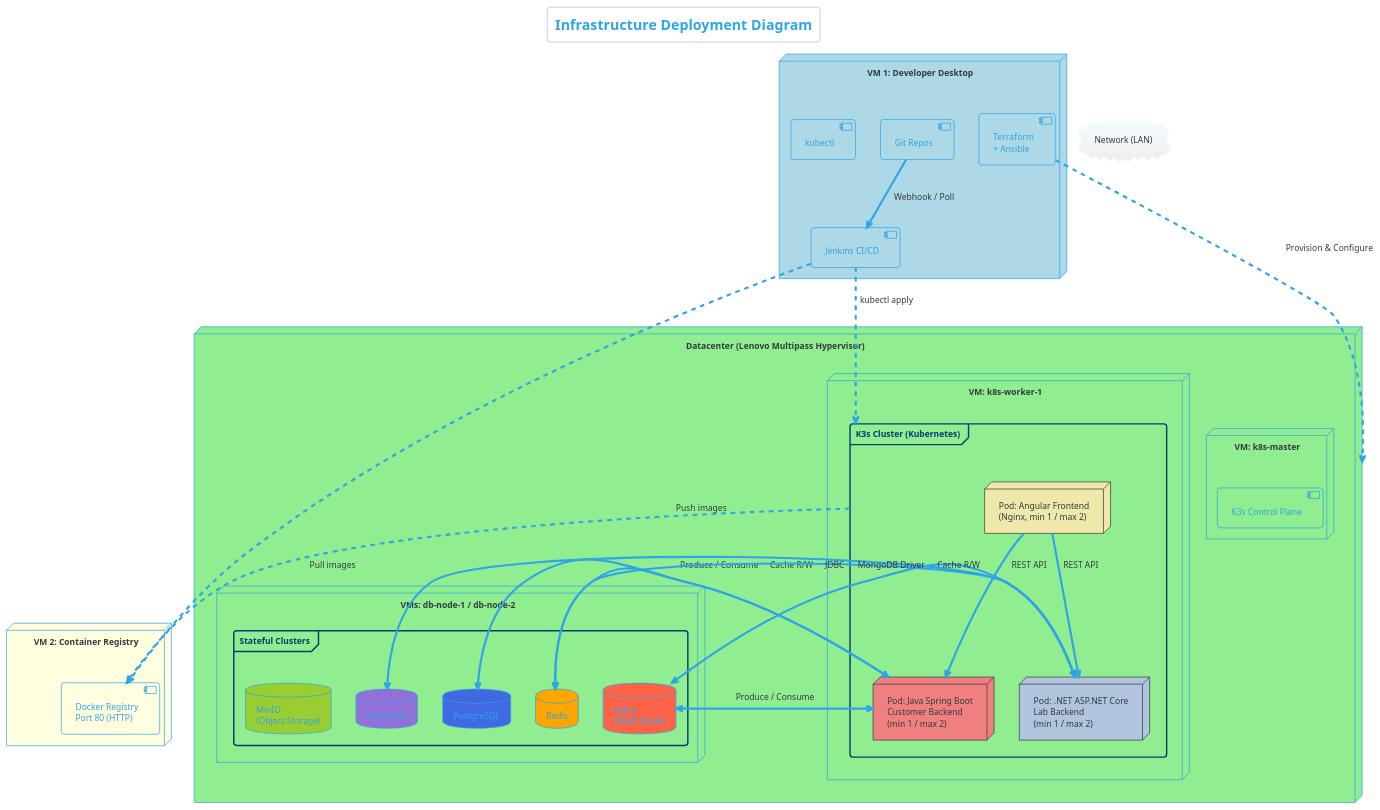
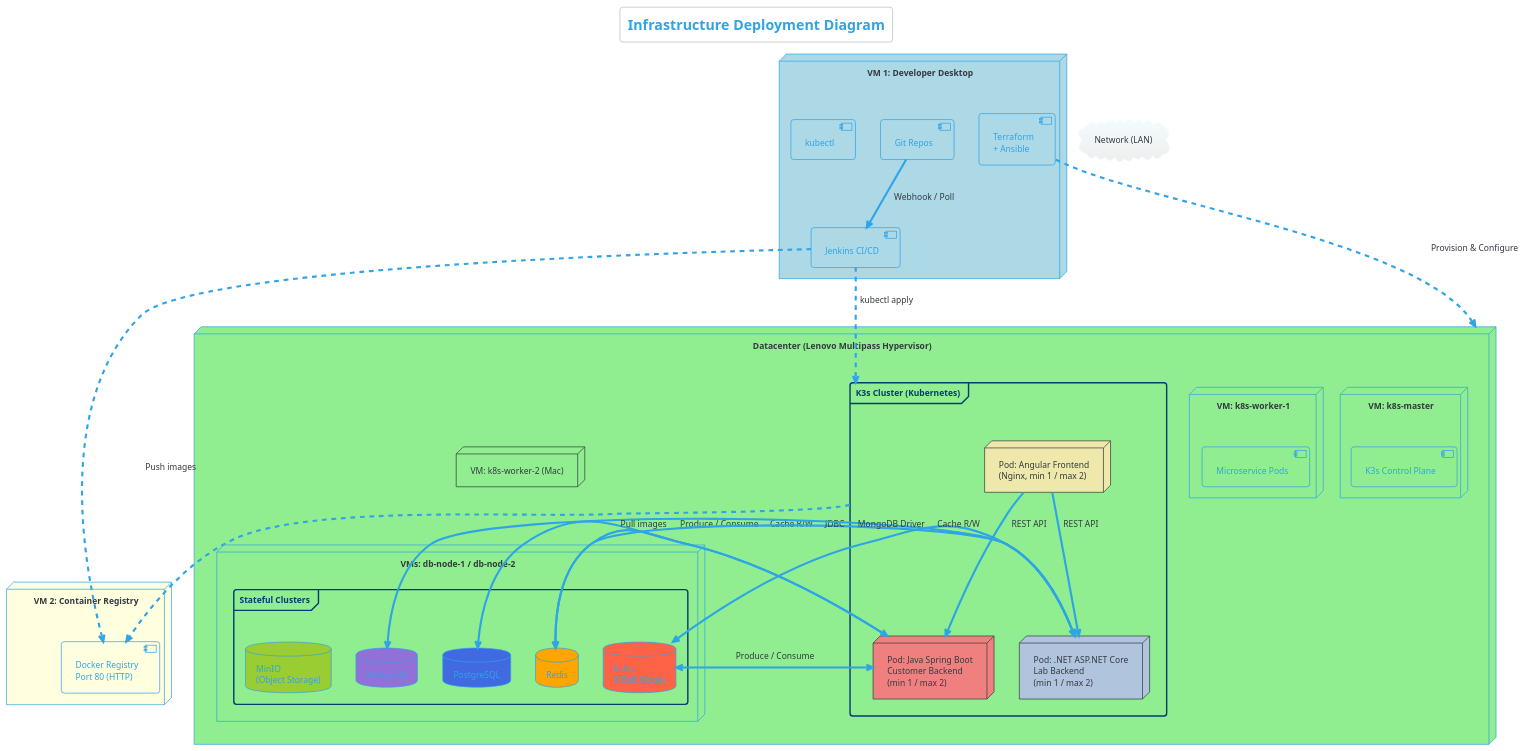
One commit to OnesDevOps/devops-training-lab changed the second of 3 diagrams in docs/architecture-overview.md. Above: the diagram before and after it, drawn with PlantUML. The commit also changed other lines of this file and 8 other files, not shown here.

````diff
--- a/docs/architecture-overview.md
+++ b/docs/architecture-overview.md
@@ -115,66 +119,71 @@
 ```plantuml
 @startuml infrastructure_deployment
 !theme cerulean-outline
 
 title Infrastructure Deployment Diagram
 
 node "VM 1: Developer Desktop" as vm1 #LightBlue {
     component [Git Repos] as git
     component [Jenkins CI/CD] as jenkins
     component [Terraform\n+ Ansible] as iac
     component [kubectl] as kctl
 
     git -down-> jenkins : Webhook / Poll
 }
 
 node "VM 2: Container Registry" as vm2 #LightYellow {
     component [Docker Registry\nPort 80 (HTTP)] as registry
 }
 
 cloud "Network (LAN)" as net
 
 node "Datacenter (Lenovo Multipass Hypervisor)" as dc #LightGreen {
 
     node "VM: k8s-master" {
         component [K3s Control Plane]
     }
     
     node "VM: k8s-worker-1" {
-        frame "K3s Cluster (Kubernetes)" as k3s {
-            node "Pod: Angular Frontend\n(Nginx, min 1 / max 2)" as fe #PaleGoldenRod
-            node "Pod: Java Spring Boot\nCustomer Backend\n(min 1 / max 2)" as java #LightCoral
-            node "Pod: .NET ASP.NET Core\nLab Backend\n(min 1 / max 2)" as dotnet #LightSteelBlue
-        }
+        [Microservice Pods]
+    }
+    node "VM: k8s-worker-2 (Mac)" {
+        [Microservice Pods]
+    }
+    
+    frame "K3s Cluster (Kubernetes)" as k3s {
+        node "Pod: Angular Frontend\n(Nginx, min 1 / max 2)" as fe #PaleGoldenRod
+        node "Pod: Java Spring Boot\nCustomer Backend\n(min 1 / max 2)" as java #LightCoral
+        node "Pod: .NET ASP.NET Core\nLab Backend\n(min 1 / max 2)" as dotnet #LightSteelBlue
     }
 
     node "VMs: db-node-1 / db-node-2" {
         frame "Stateful Clusters" as native {
             database "Kafka\n(KRaft Mode)" as kafka #Tomato
             database "Redis" as redis #Orange
             database "PostgreSQL" as pg #RoyalBlue
             database "MongoDB" as mongo #MediumPurple
             database "MinIO\n(Object Storage)" as minio #YellowGreen
         }
     }
 
 
     fe -down-> java : REST API
     fe -down-> dotnet : REST API
 
     java <-right-> kafka : Produce / Consume
     dotnet <-left-> kafka : Produce / Consume
 
     java <-right-> redis : Cache R/W
     dotnet <-left-> redis : Cache R/W
 
     java -down-> pg : JDBC
     dotnet -down-> mongo : MongoDB Driver
 }
 
 jenkins ..> registry : Push images
 jenkins ..> k3s : kubectl apply
 iac ..> dc : Provision & Configure
 k3s ..> registry : Pull images
 
 @enduml
 ```
````
